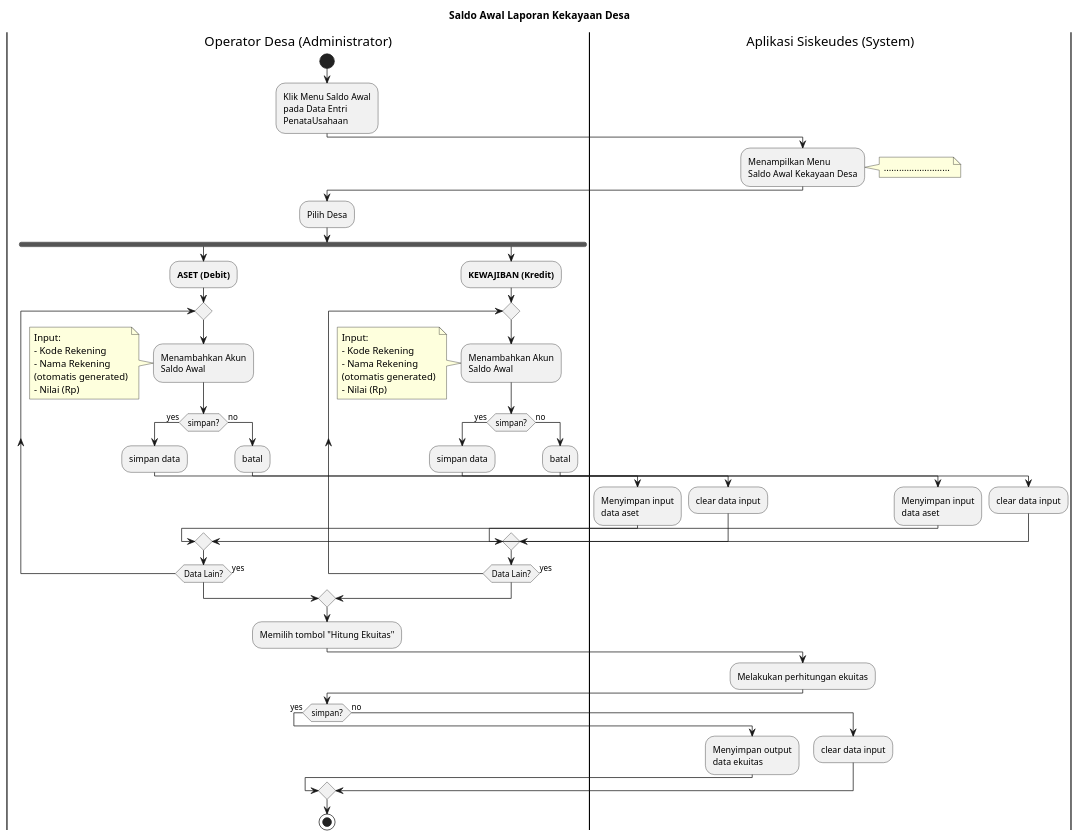
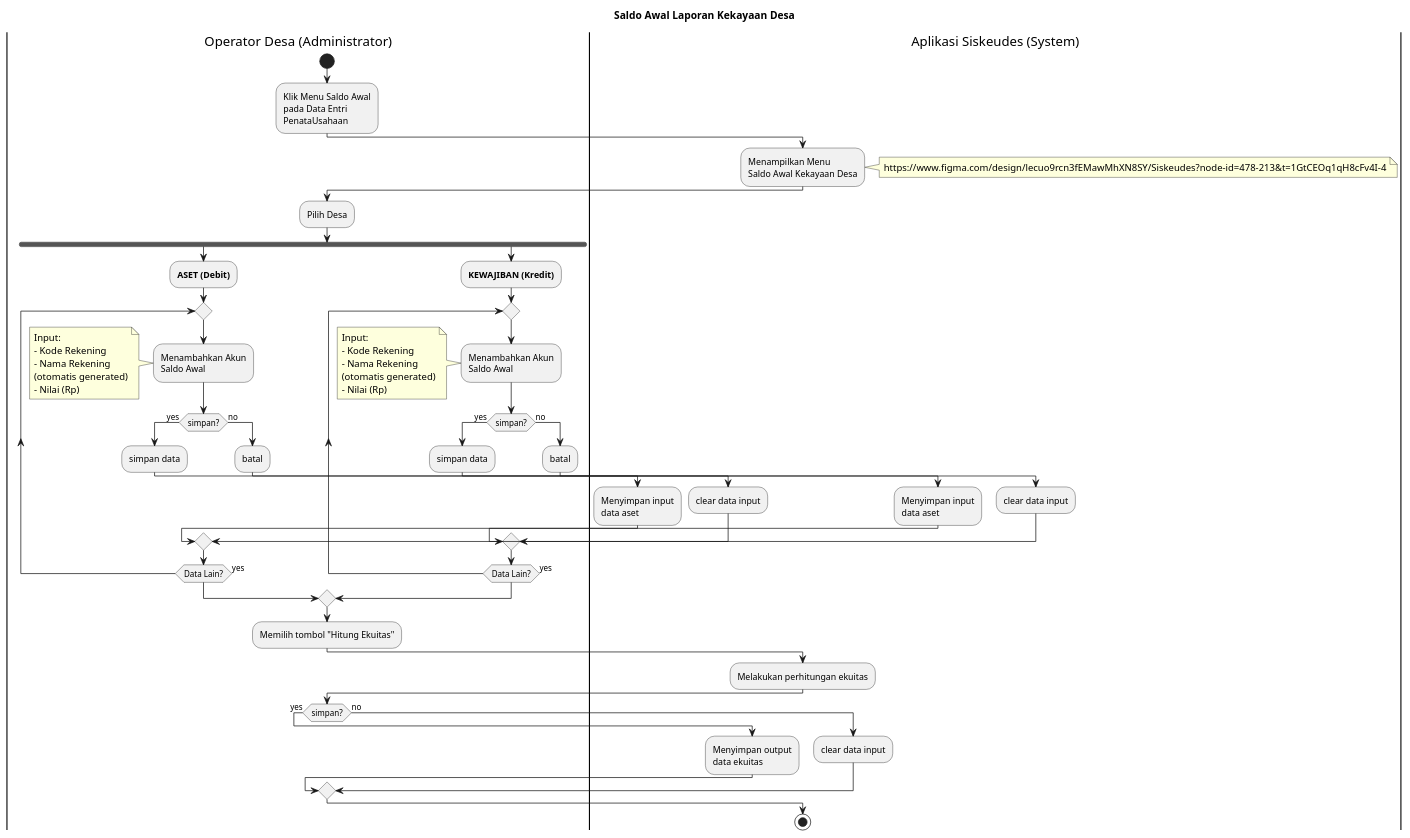
One commit to diancahyadi86/ProbisSiskudesWeb changed the diagram in Act Diagram/TU0_Saldo Awal.puml. Above: the diagram before and after it, drawn with PlantUML. The commit also changed 4 other files, not shown here.

```diff
--- a/Act Diagram/TU0_Saldo Awal.puml
+++ b/Act Diagram/TU0_Saldo Awal.puml
@@ -1,86 +1,86 @@
 @startuml
 title "Saldo Awal Laporan Kekayaan Desa"
 |Operator Desa (Administrator)|
 start
 :Klik Menu Saldo Awal
 pada Data Entri
 PenataUsahaan;
 
 |Aplikasi Siskeudes (System)|
 :Menampilkan Menu
 Saldo Awal Kekayaan Desa;
 note right
-    ..........................
+    https://www.figma.com/design/lecuo9rcn3fEMawMhXN8SY/Siskeudes?node-id=478-213&t=1GtCEOq1qH8cFv4I-4
 end note
 
 |Operator Desa (Administrator)|
 :Pilih Desa;
 fork
     :**ASET (Debit)**;
     repeat
         :Menambahkan Akun
         Saldo Awal;
         note left
             Input:
             - Kode Rekening
             - Nama Rekening
             (otomatis generated)
             - Nilai (Rp)
         end note
         if (simpan?) then (yes)
             :simpan data;
             |Aplikasi Siskeudes (System)|
             :Menyimpan input
             data aset;
 
         else (no)
             |Operator Desa (Administrator)|
             :batal;
             |Aplikasi Siskeudes (System)|
             :clear data input;
         endif
         |Operator Desa (Administrator)|
     repeat while (Data Lain?) is (yes)
     ->no;
 fork again
     :**KEWAJIBAN (Kredit)**;
     repeat
         :Menambahkan Akun
         Saldo Awal;
         note left
             Input:
             - Kode Rekening
             - Nama Rekening
             (otomatis generated)
             - Nilai (Rp)
         end note
         if (simpan?) then (yes)
             :simpan data;
             |Aplikasi Siskeudes (System)|
             :Menyimpan input
             data aset;
 
         else (no)
             |Operator Desa (Administrator)|
             :batal;
             |Aplikasi Siskeudes (System)|
             :clear data input;
         endif
         |Operator Desa (Administrator)|
     repeat while (Data Lain?) is (yes)
     ->no;
     endmerge
     :Memilih tombol "Hitung Ekuitas";
     |Aplikasi Siskeudes (System)|
     :Melakukan perhitungan ekuitas;
     |Operator Desa (Administrator)|
     if (simpan?) then (yes)
         |Aplikasi Siskeudes (System)|
         :Menyimpan output
         data ekuitas;
     else (no)
         :clear data input;
-    endif
-    |Operator Desa (Administrator)|
+        |Aplikasi Siskeudes (System)|
+            endif
     stop
     @enduml
```
